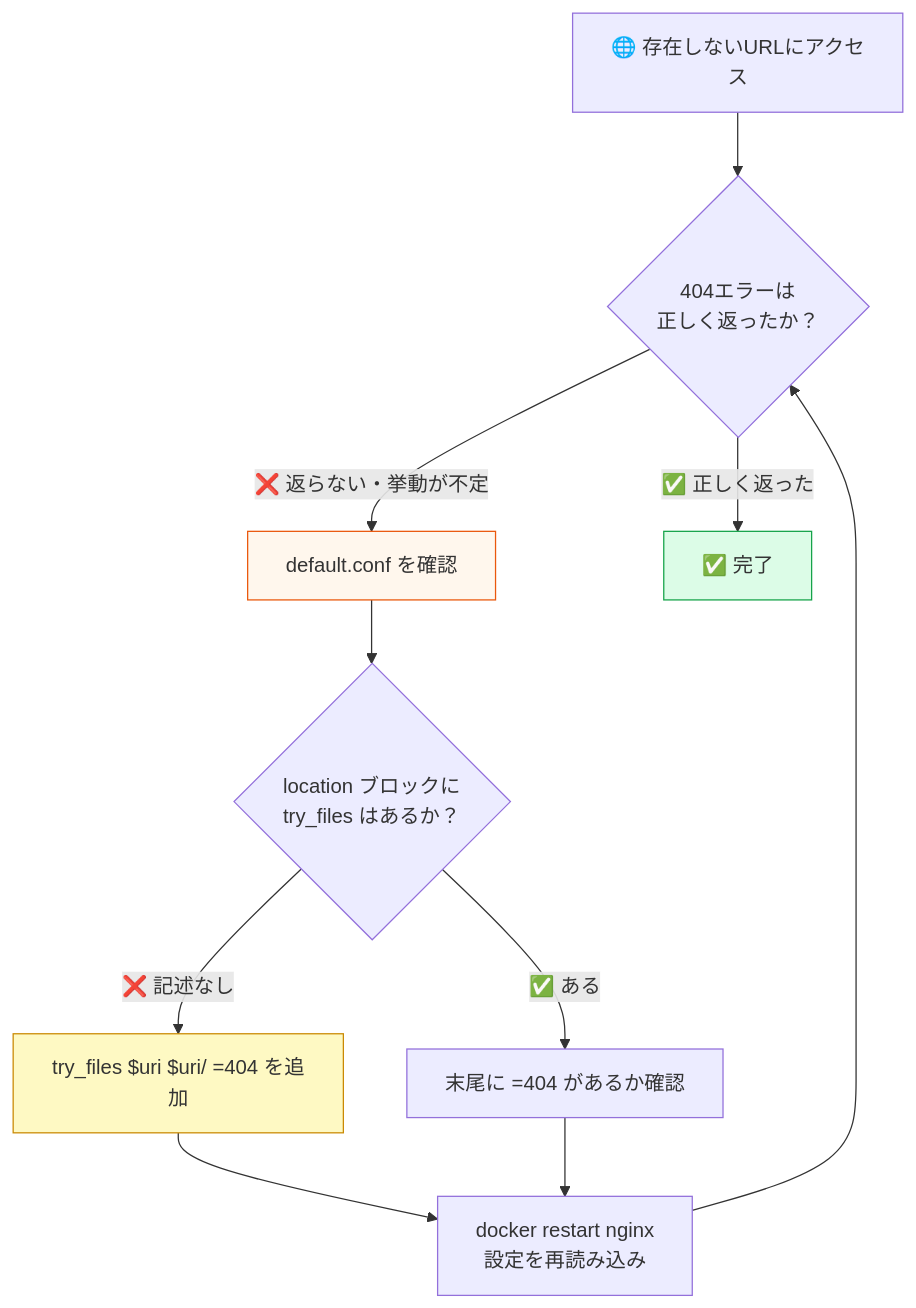
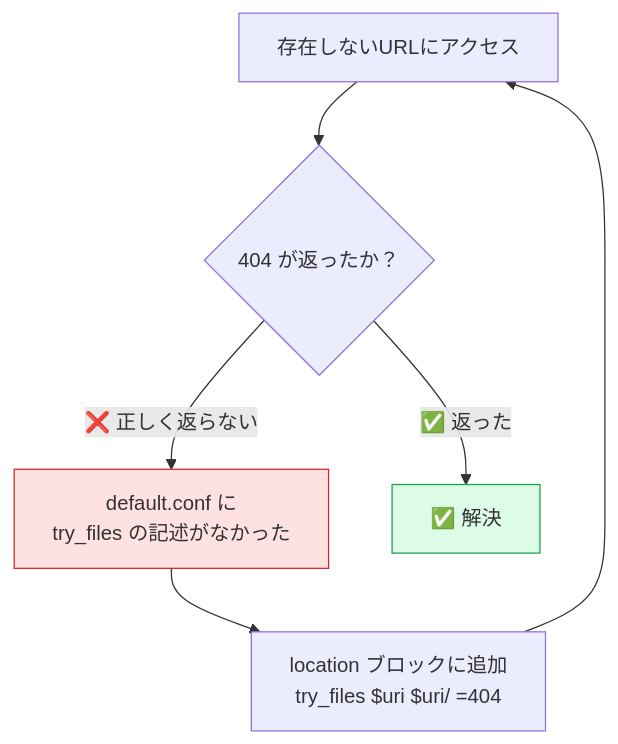
The fourth of 6 diagrams in DIAGRAMS.md (syo-go5530/nginx-docker-portfolio), drawn with Mermaid before and after one commit. The commit also changed other lines of this file, not shown here.

````diff
--- a/DIAGRAMS.md
+++ b/DIAGRAMS.md
@@ -95,18 +63,12 @@
 ```mermaid
 flowchart TD
-    A["🌐 存在しないURLにアクセス"] --> B{"404エラーは\n正しく返ったか？"}
-    B -->|"❌ 返らない・挙動が不定"| C["default.conf を確認"]
-    B -->|"✅ 正しく返った"| Z["✅ 完了"]
+    A["存在しないURLにアクセス"] --> B{"404 が返ったか？"}
+    B -->|"❌ 正しく返らない"| C["default.conf に\ntry_files の記述がなかった"]
+    B -->|"✅ 返った"| E["✅ 解決"]
 
-    C --> D{"location ブロックに\ntry_files はあるか？"}
-    D -->|"❌ 記述なし"| E["try_files $uri $uri/ =404 を追加"]
-    D -->|"✅ ある"| F["末尾に =404 があるか確認"]
+    C --> D["location ブロックに追加\ntry_files $uri $uri/ =404"]
+    D --> A
 
-    E --> G["docker restart nginx\n設定を再読み込み"]
-    F --> G
-    G --> B
-
-    style C fill:#fff7ed,stroke:#ea580c
-    style Z fill:#dcfce7,stroke:#16a34a
-    style E fill:#fef9c3,stroke:#ca8a04
+    style C fill:#fee2e2,stroke:#dc2626
+    style E fill:#dcfce7,stroke:#16a34a
 ```
````
